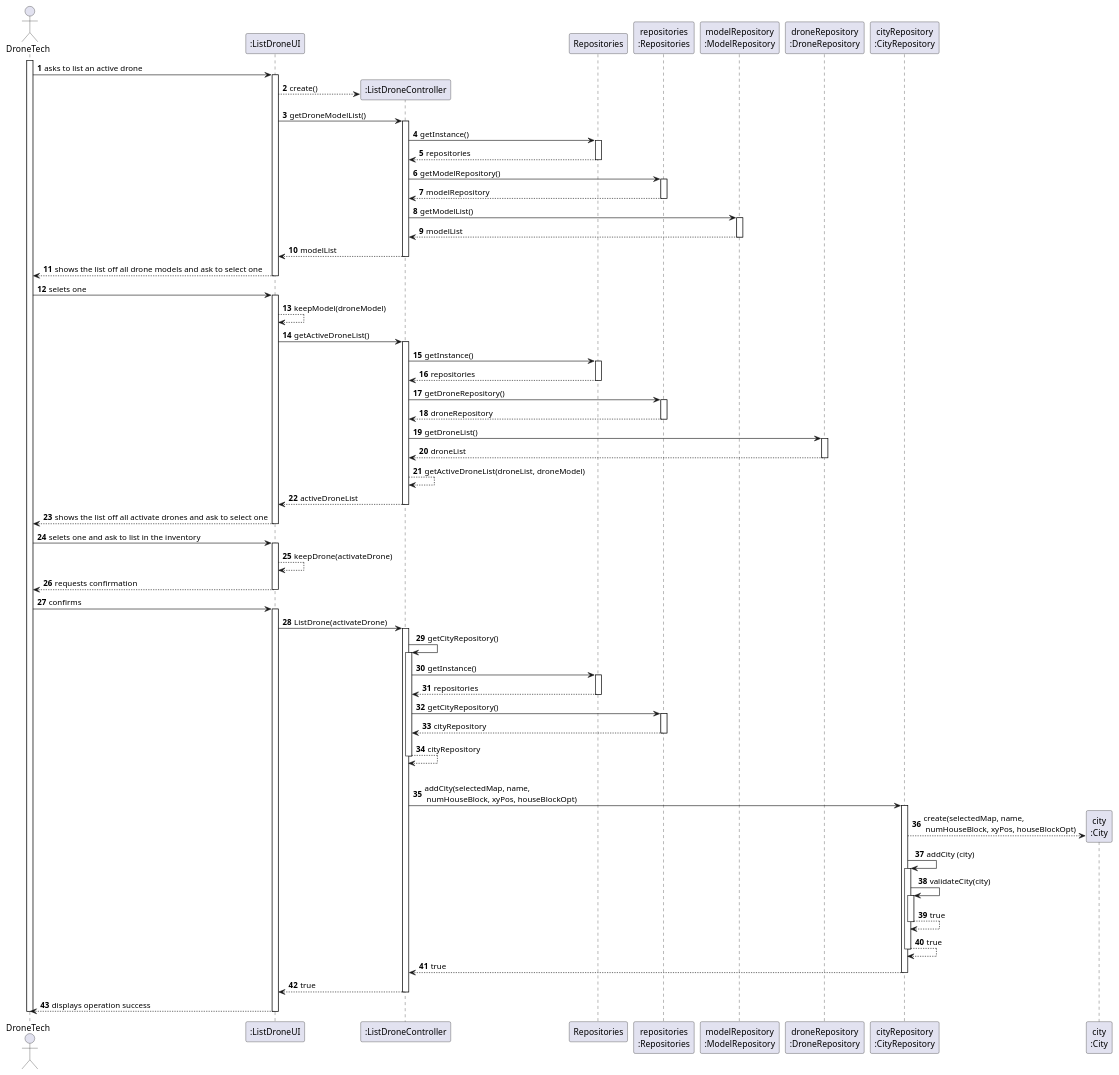
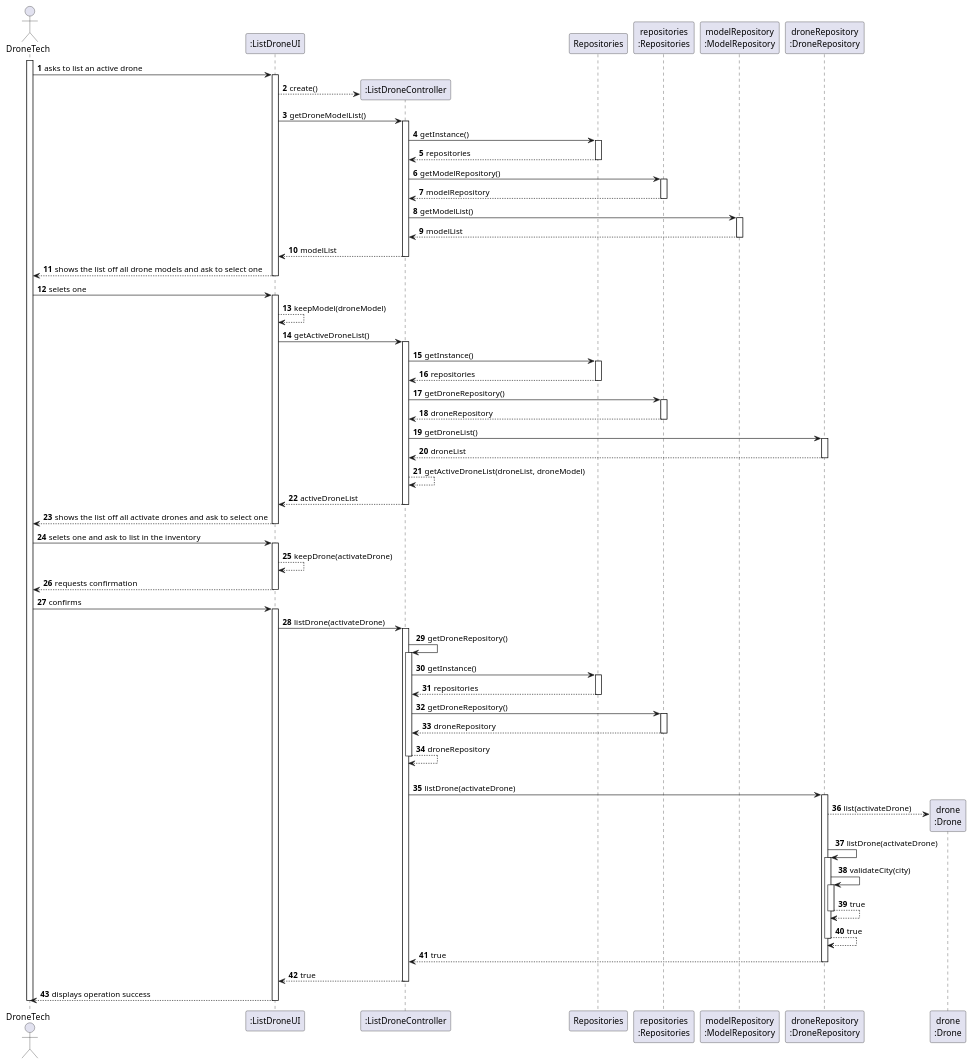
Before and after one commit to diogoveirospro/sem4pi-2024-2025-sem4pi_2024_2025_g44: the diagram in docs/SPRINT_2/US243/puml/sequence_diagram_us243.puml, drawn with PlantUML. The commit also changed 3 other files, not shown here.

Commit message:
update sequence diagram on us240 and us243

```diff
--- a/docs/SPRINT_2/US243/puml/sequence_diagram_us243.puml
+++ b/docs/SPRINT_2/US243/puml/sequence_diagram_us243.puml
@@ -1,128 +1,125 @@
 @startuml
 'skinparam monochrome true
 skinparam packageStyle rectangle
 skinparam shadowing false
 
 autonumber
 
 'hide footbox
 actor "DroneTech" as EDT
 participant ":ListDroneUI" as UI
 participant ":ListDroneController" as CTRL
 participant "Repositories" as REPOS
 participant "repositories\n:Repositories" as REPOS_SINGLETON
 participant "modelRepository\n:ModelRepository" as MOD_REPO
 participant "droneRepository\n:DroneRepository" as DRN_REPO
-
-
-participant "cityRepository\n:CityRepository" as CITY_REPO
-participant "city\n:City" as CITY
+participant "drone\n:Drone" as DRONE
 
 activate EDT
 
         EDT -> UI : asks to list an active drone
         activate UI
             UI --> CTRL** : create()
 
             UI -> CTRL : getDroneModelList()
                         activate CTRL
                             CTRL -> REPOS : getInstance()
                             activate REPOS
                                 REPOS --> CTRL: repositories
                             deactivate REPOS
 
                             CTRL -> REPOS_SINGLETON : getModelRepository()
                             activate REPOS_SINGLETON
                                 REPOS_SINGLETON --> CTRL: modelRepository
                             deactivate REPOS_SINGLETON
 
                             CTRL -> MOD_REPO : getModelList()
                             activate MOD_REPO
                                 MOD_REPO --> CTRL : modelList
                             deactivate MOD_REPO
                             CTRL --> UI : modelList
                         deactivate CTRL
                    UI --> EDT : shows the list off all drone models and ask to select one
                            deactivate UI
                      EDT -> UI : selets one
                         activate UI
             UI --> UI : keepModel(droneModel)
             UI -> CTRL : getActiveDroneList()
             activate CTRL
                 CTRL -> REPOS : getInstance()
                 activate REPOS
                     REPOS --> CTRL: repositories
                 deactivate REPOS
 
                 CTRL -> REPOS_SINGLETON : getDroneRepository()
                 activate REPOS_SINGLETON
                     REPOS_SINGLETON --> CTRL: droneRepository
                 deactivate REPOS_SINGLETON
 
                 CTRL -> DRN_REPO : getDroneList()
                 activate DRN_REPO
                     DRN_REPO --> CTRL : droneList
                 deactivate DRN_REPO
                 CTRL --> CTRL : getActiveDroneList(droneList, droneModel)
                 CTRL --> UI : activeDroneList
             deactivate CTRL
 
             UI --> EDT : shows the list off all activate drones and ask to select one
         deactivate UI
 
 
 
     EDT -> UI : selets one and ask to list in the inventory
     activate UI
     UI --> UI : keepDrone(activateDrone)
     UI --> EDT : requests confirmation
     deactivate UI
     EDT -> UI : confirms
     activate UI
-        UI -> CTRL : ListDrone(activateDrone)
+        UI -> CTRL : listDrone(activateDrone)
         activate CTRL
-             CTRL -> CTRL: getCityRepository()
+             CTRL -> CTRL: getDroneRepository()
                                     activate CTRL
 
                                         CTRL -> REPOS: getInstance()
                                         activate REPOS
 
                                                REPOS --> CTRL: repositories
 
                                         deactivate REPOS
 
-                                        CTRL -> REPOS_SINGLETON: getCityRepository()
+                                        CTRL -> REPOS_SINGLETON: getDroneRepository()
                                         activate REPOS_SINGLETON
 
-                                               REPOS_SINGLETON --> CTRL: cityRepository
+                                               REPOS_SINGLETON --> CTRL: droneRepository
                                         deactivate REPOS_SINGLETON
-                                    CTRL --> CTRL: cityRepository
+                                    CTRL --> CTRL: droneRepository
 
                                     |||
                                                                         deactivate CTRL
 
-                                    CTRL -> CITY_REPO : addCity(selectedMap, name,\n numHouseBlock, xyPos, houseBlockOpt)
-            activate CITY_REPO
-                CITY_REPO --> CITY**: create(selectedMap, name,\n numHouseBlock, xyPos, houseBlockOpt)
+                                    CTRL -> DRN_REPO : listDrone(activateDrone)
+            activate DRN_REPO
+                DRN_REPO --> DRONE **: list(activateDrone)
 
-                CITY_REPO -> CITY_REPO: addCity (city)
-                activate CITY_REPO
-                    CITY_REPO -> CITY_REPO: validateCity(city)
-                    activate CITY_REPO
-                        CITY_REPO --> CITY_REPO : true
-                    deactivate CITY_REPO
+                DRN_REPO -> DRN_REPO: listDrone(activateDrone)
+                activate DRN_REPO
+                    DRN_REPO -> DRN_REPO: validateCity(city)
+                    activate DRN_REPO
+                        DRN_REPO --> DRN_REPO : true
+                    deactivate DRN_REPO
 
-                    CITY_REPO --> CITY_REPO : true
-                deactivate CITY_REPO
+                    DRN_REPO --> DRN_REPO : true
+                deactivate DRN_REPO
 
-                CITY_REPO --> CTRL : true
-            deactivate CITY_REPO
+                DRN_REPO --> CTRL : true
+            deactivate DRN_REPO
 
             CTRL --> UI: true
             deactivate CTRL
             UI --> EDT: displays operation success
     deactivate UI
 
 deactivate EDT
 
 @enduml
```
